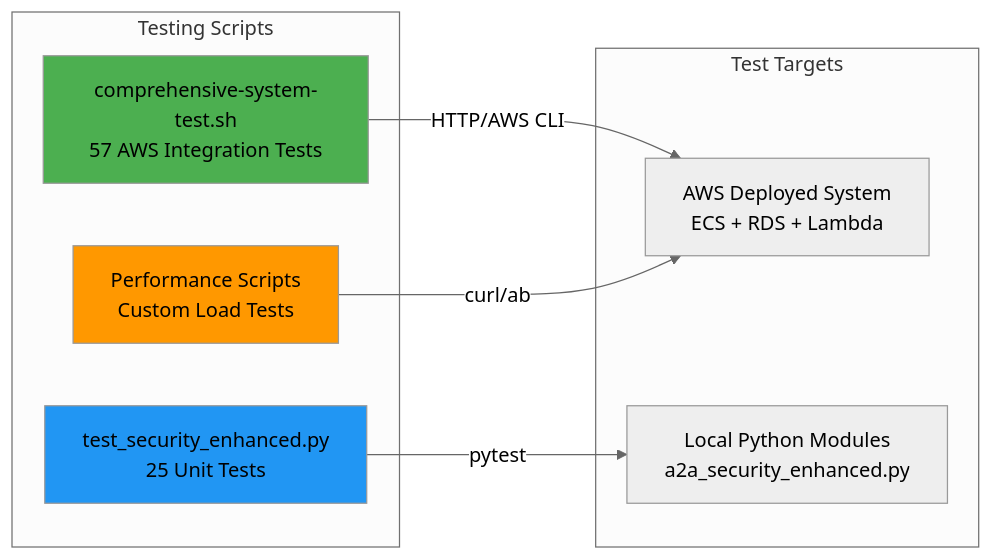
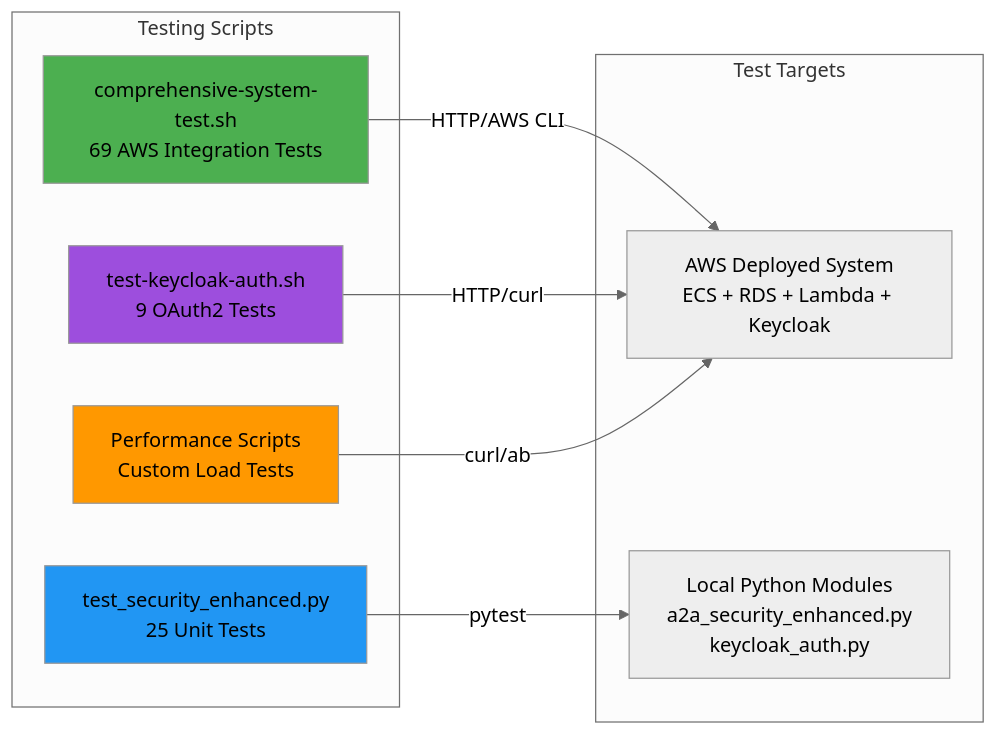
The second of 8 diagrams in COMPREHENSIVE_TESTING_GUIDE.md (jaafar-benabderrazak/ca_a2a), drawn with Mermaid (neutral theme) before and after one commit. The commit also changed other lines of this file and 8 other files, not shown here.

````diff
--- a/COMPREHENSIVE_TESTING_GUIDE.md
+++ b/COMPREHENSIVE_TESTING_GUIDE.md
@@ -70,21 +75,24 @@
 ```mermaid
 graph LR
     subgraph "Testing Scripts"
-        CS[comprehensive-system-test.sh<br/>57 AWS Integration Tests]
+        CS[comprehensive-system-test.sh<br/>69 AWS Integration Tests]
         TS[test_security_enhanced.py<br/>25 Unit Tests]
+        KS[test-keycloak-auth.sh<br/>9 OAuth2 Tests]
         PS[Performance Scripts<br/>Custom Load Tests]
     end
     
     subgraph "Test Targets"
-        AWS[AWS Deployed System<br/>ECS + RDS + Lambda]
-        LOCAL[Local Python Modules<br/>a2a_security_enhanced.py]
+        AWS[AWS Deployed System<br/>ECS + RDS + Lambda + Keycloak]
+        LOCAL[Local Python Modules<br/>a2a_security_enhanced.py<br/>keycloak_auth.py]
     end
     
     CS -->|HTTP/AWS CLI| AWS
     TS -->|pytest| LOCAL
+    KS -->|HTTP/curl| AWS
     PS -->|curl/ab| AWS
     
     style CS fill:#4CAF50
     style TS fill:#2196F3
+    style KS fill:#9D4EDD
     style PS fill:#FF9800
 ```
````
